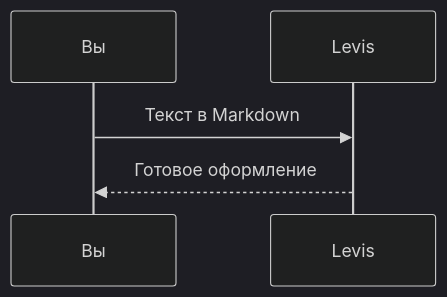
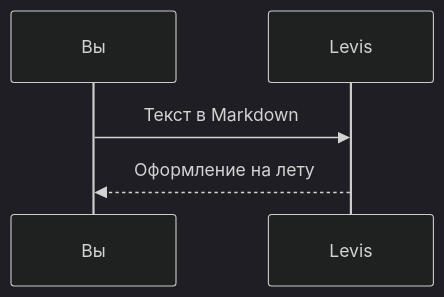
One commit to CatVinci-Studio/Levis changed the third of 3 diagrams in src/help/markdown-guide.ru.md. Above: the diagram before and after it, drawn with Mermaid (dark theme). The commit also changed 2 other files, not shown here.

````diff
--- a/src/help/markdown-guide.ru.md
+++ b/src/help/markdown-guide.ru.md
@@ -113,7 +113,7 @@
 ```mermaid
 sequenceDiagram
     participant Вы
     participant Levis
     Вы->>Levis: Текст в Markdown
-    Levis-->>Вы: Готовое оформление
+    Levis-->>Вы: Оформление на лету
 ```
````
